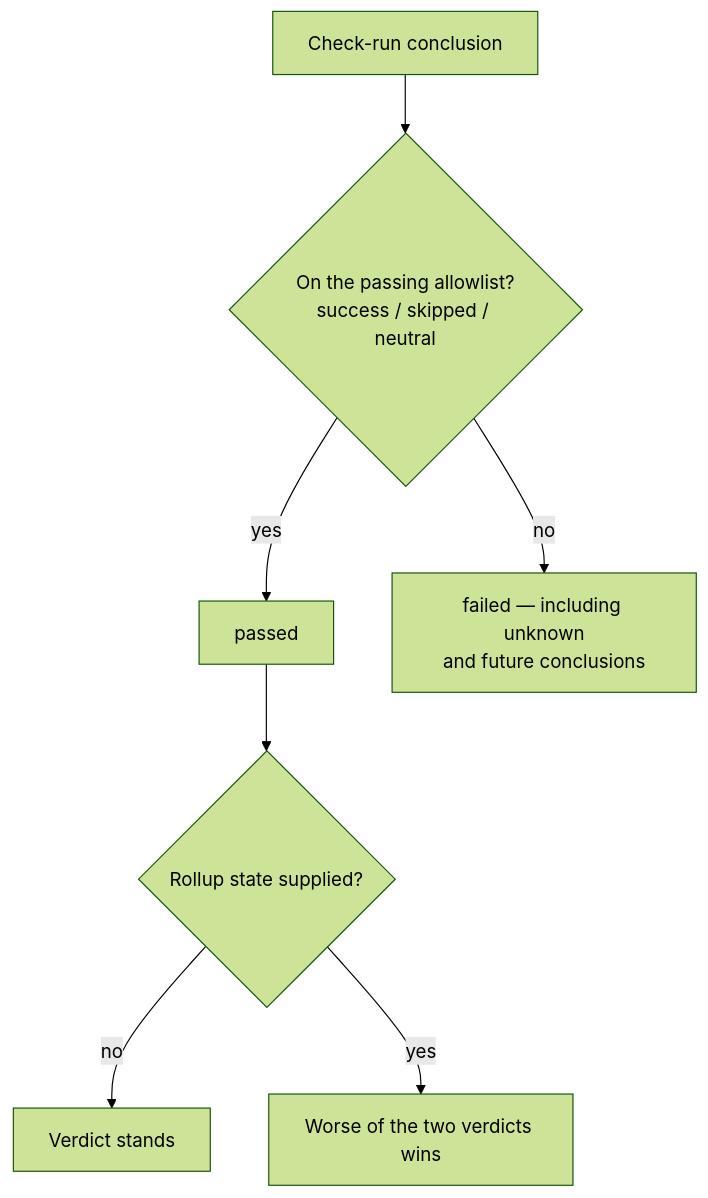
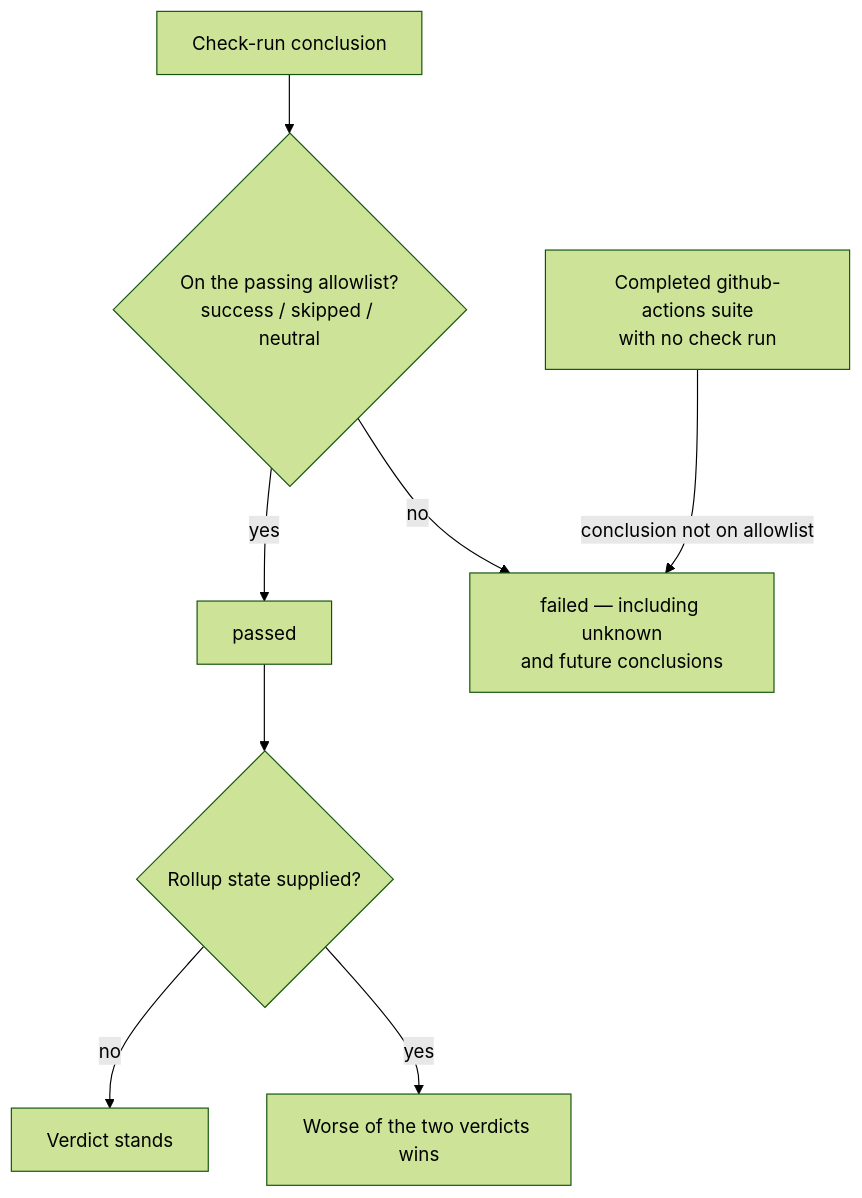
One commit to stSoftwareAU/VibeCoder changed the fourth of 10 diagrams in docs/MERGE.md. Above: the diagram before and after it, drawn with Mermaid (forest theme). The commit also changed other lines of this file and 29 other files, not shown here.

Commit message:
CI reads green when a new workflow fails at startup with no check run (TagsTS86 and two private fleet PRs) (Issue #4347) (#4350)

````diff
--- a/docs/MERGE.md
+++ b/docs/MERGE.md
@@ -320,9 +346,10 @@
 ```mermaid
 flowchart TD
     A[Check-run conclusion] --> B{On the passing allowlist?<br/>success / skipped / neutral}
     B -- yes --> C[passed]
     B -- no --> D[failed — including unknown<br/>and future conclusions]
+    S[Completed github-actions suite<br/>with no check run] -- conclusion not on allowlist --> D
     C --> E{Rollup state supplied?}
     E -- no --> F[Verdict stands]
     E -- yes --> G[Worse of the two verdicts wins]
 ```
````
